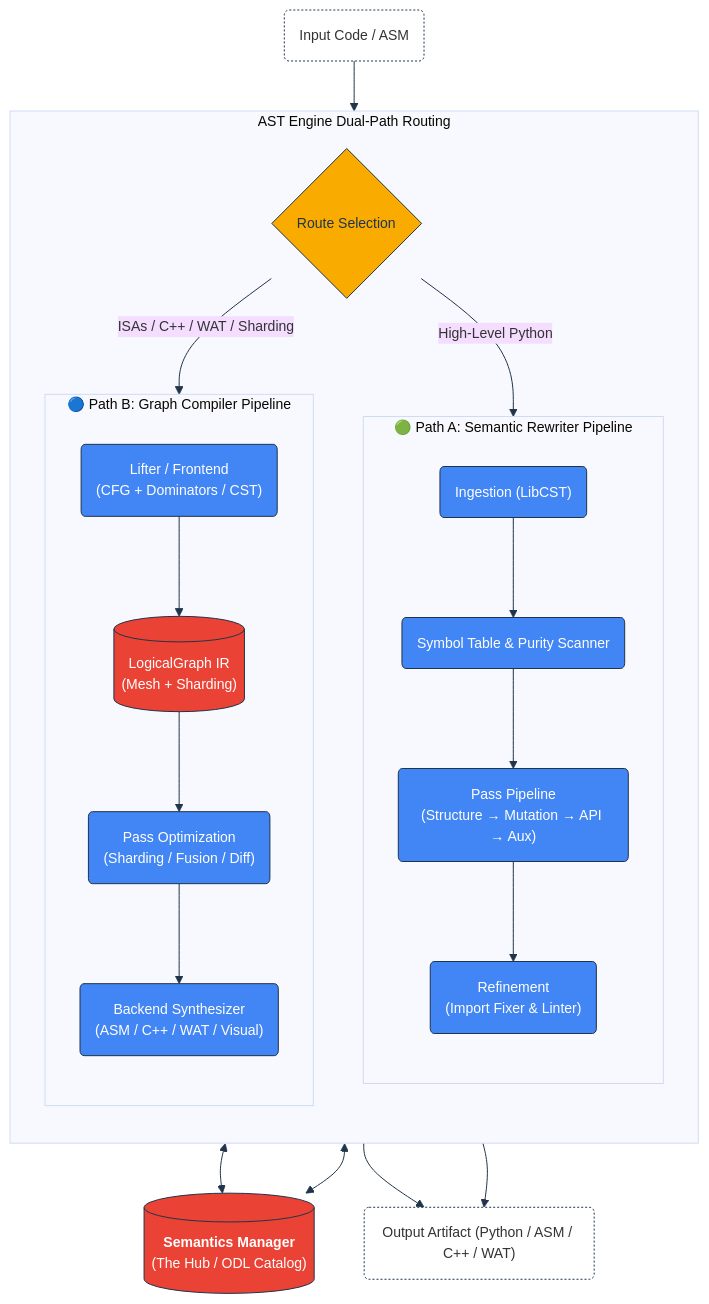
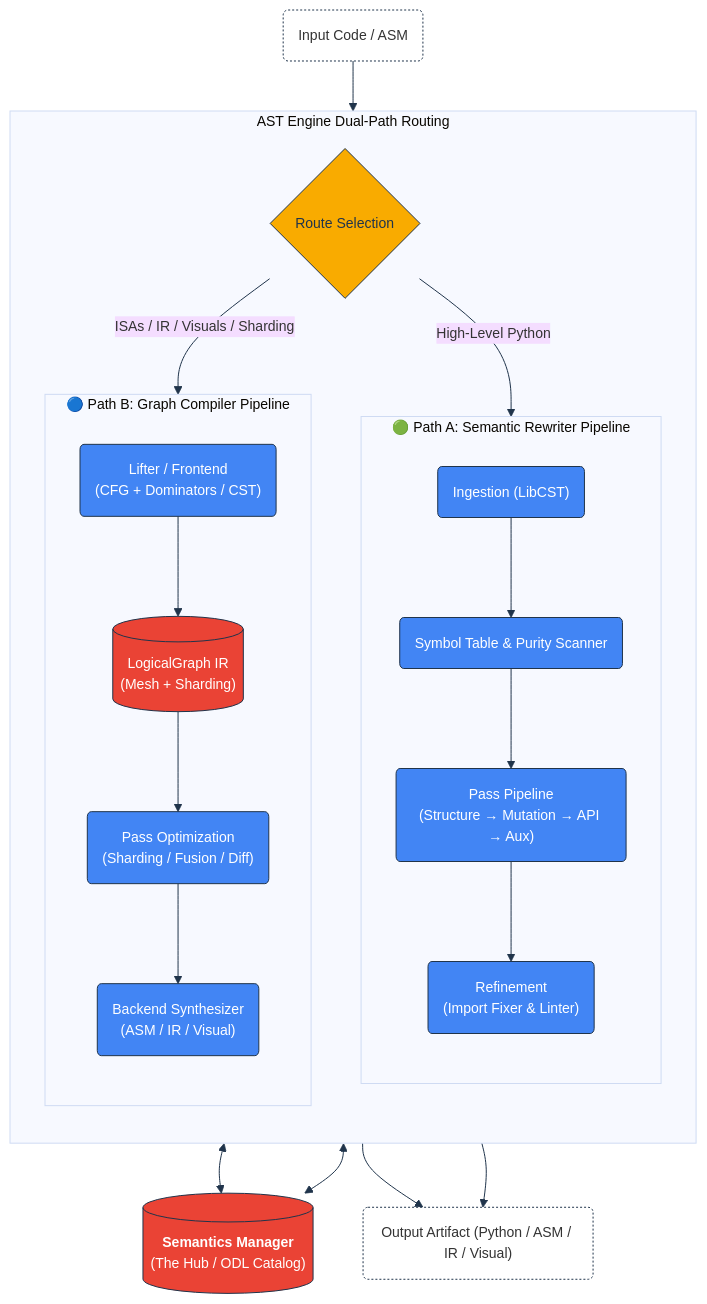
Before and after one commit to SamuelMarks/ml-switcheroo: the diagram in INTERNALS.md, drawn with Mermaid. The commit also changed other lines of this file and 801 other files, not shown here.

````diff
--- a/INTERNALS.md
+++ b/INTERNALS.md
@@ -36,46 +36,46 @@
 ```mermaid
 %%{init: {'theme': 'base', 'themeVariables': { 'fontFamily': 'Google Sans', 'fontSize': '14px', 'lineColor': '#20344b'}}}%%
 graph TD
     classDef process fill: #4285f4, stroke: #20344b, stroke-width: 1px, color: #ffffff, rx: 4px;
     classDef decision fill: #f9ab00, stroke: #20344b, stroke-width: 1px, color: #20344b, rx: 20px;
     classDef storage fill: #ea4335, stroke: #20344b, stroke-width: 1px, color: #ffffff, rx: 4px;
     classDef artifact fill: #ffffff, stroke: #20344b, stroke-width: 1px, stroke-dasharray: 2 2;
     SRC("Input Code / ASM"):::artifact
 
 subgraph ENGINE [AST Engine Dual-Path Routing]
 direction TB
 ROUTER{"Route Selection"}:::decision
 
 subgraph PATH_A [🟢 Path A: Semantic Rewriter Pipeline]
 direction TB
 INGEST("Ingestion (LibCST)"):::process
 SYMBOLS("Symbol Table & Purity Scanner"):::process
 PIPELINE("Pass Pipeline<br/>(Structure &rarr; Mutation &rarr; API &rarr; Aux)"):::process
 FIXER("Refinement<br/>(Import Fixer & Linter)"):::process
 INGEST --> SYMBOLS --> PIPELINE --> FIXER
 end
 
 subgraph PATH_B [🔵 Path B: Graph Compiler Pipeline]
 direction TB
 LIFT("Lifter / Frontend<br/>(CFG + Dominators / CST)"):::process
 GRAPH[("LogicalGraph IR<br/>(Mesh + Sharding)")]:::storage
 OPT("Pass Optimization<br/>(Sharding / Fusion / Diff)"):::process
-SYNTH("Backend Synthesizer<br/>(ASM / C++ / WAT / Visual)"):::process
+SYNTH("Backend Synthesizer<br/>(ASM / IR / Visual)"):::process
 LIFT --> GRAPH --> OPT --> SYNTH
 end
 end
 
 KB[("<b>Semantics Manager</b><br/>(The Hub / ODL Catalog)")]:::storage
 
-TGT("Output Artifact (Python / ASM / C++ / WAT)"):::artifact
+TGT("Output Artifact (Python / ASM / IR / Visual)"):::artifact
 
 SRC --> ROUTER
 ROUTER -->|" High-Level Python "|PATH_A
-ROUTER -->|" ISAs / C++ / WAT / Sharding "|PATH_B
+ROUTER -->|" ISAs / IR / Visuals / Sharding "|PATH_B
 
 PIPELINE <--> KB
 SYNTH <--> KB
 
 FIXER --> TGT
 SYNTH --> TGT
 ```
````
